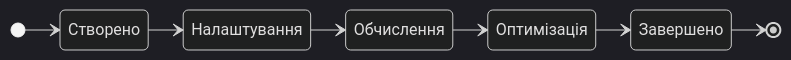
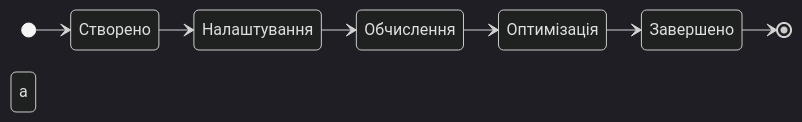
Before and after one commit to tntu-stefanyshyn/classification-pipeline: the diagram in backend/src/mermaid/Експеримент, конвеєри та результати.mmd, drawn with Mermaid (dark theme). The commit also changed 47 other files, not shown here.

Commit message:
feat: improve flow

```diff
--- a/backend/src/mermaid/Експеримент, конвеєри та результати.mmd
+++ b/backend/src/mermaid/Експеримент, конвеєри та результати.mmd
@@ -1,12 +1,12 @@
 ---
 config:
   layout: elk
 ---
 stateDiagram
   direction LR
   [*] --> Створено
   Створено --> Налаштування
   Налаштування --> Обчислення
   Обчислення --> Оптимізація
   Оптимізація --> Завершено
-  Завершено --> [*]
+  Завершено --> [*]а
```
